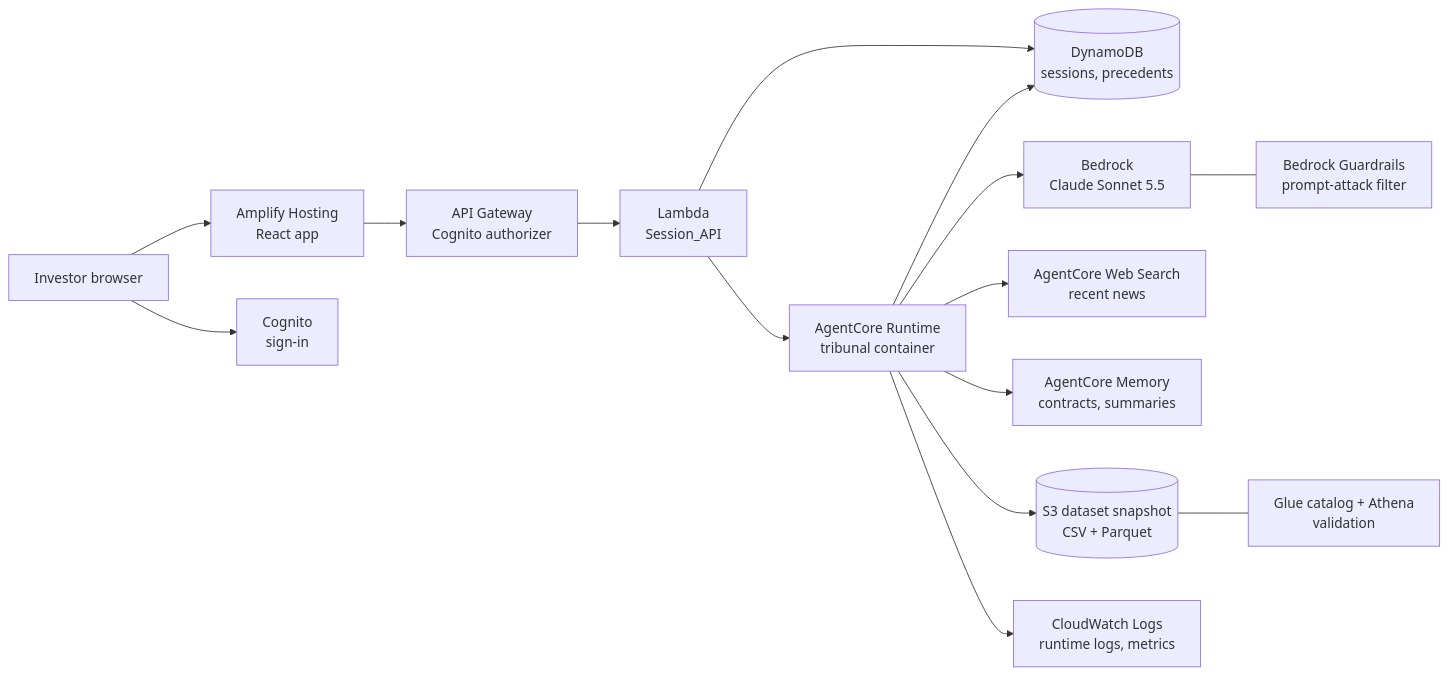
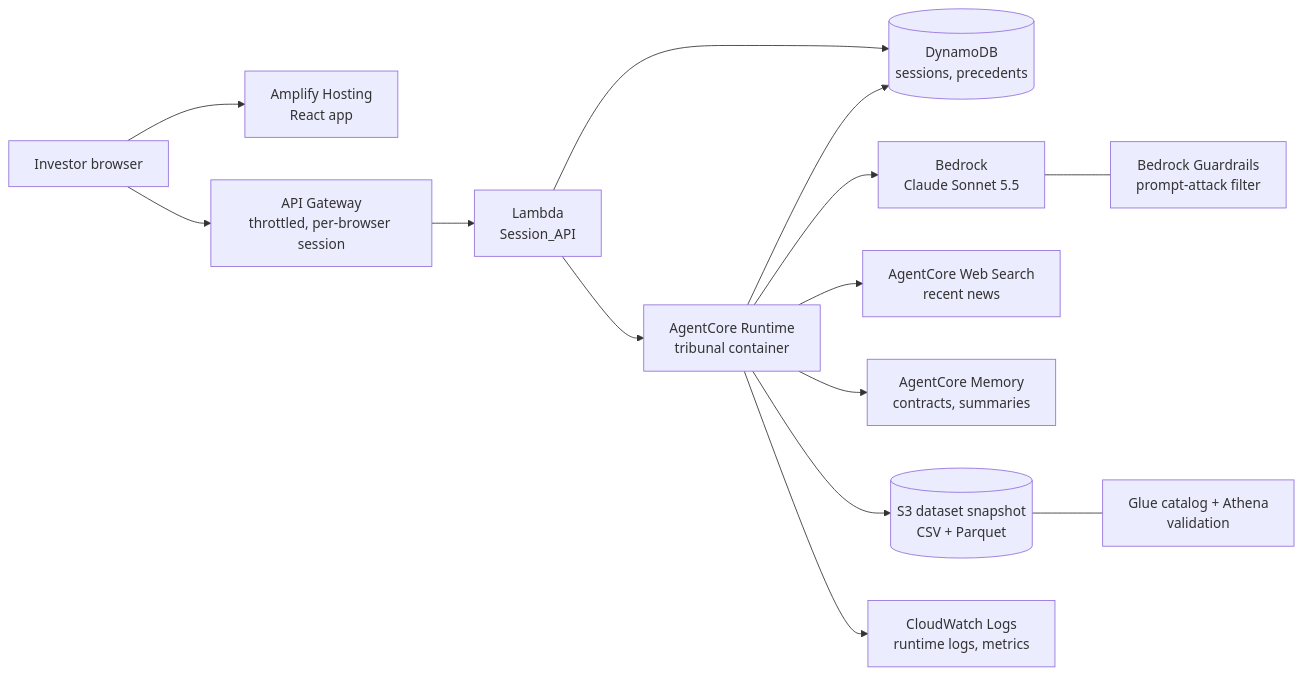
One commit to hediamara1208-commits/Agent52 changed the diagram in README.md. Above: the diagram before and after it, drawn with Mermaid. The commit also changed other lines of this file, not shown here.

First line of the commit message:
README: VERDICT name, quick start, public-access architecture, data audit links

````diff
--- a/README.md
+++ b/README.md
@@ -25,17 +36,16 @@
 ```mermaid
 flowchart LR
   U[Investor browser] --> AMP[Amplify Hosting<br/>React app]
-  U --> COG[Cognito<br/>sign-in]
-  AMP --> APIGW[API Gateway<br/>Cognito authorizer]
+  U --> APIGW[API Gateway<br/>throttled, per-browser session]
   APIGW --> L[Lambda<br/>Session_API]
   L --> DDB[(DynamoDB<br/>sessions, precedents)]
   L --> RT[AgentCore Runtime<br/>tribunal container]
   RT --> BR[Bedrock<br/>Claude Sonnet 5.5]
   BR --- GR[Bedrock Guardrails<br/>prompt-attack filter]
   RT --> WS[AgentCore Web Search<br/>recent news]
   RT --> MEM[AgentCore Memory<br/>contracts, summaries]
   RT --> S3[(S3 dataset snapshot<br/>CSV + Parquet)]
   S3 --- GL[Glue catalog + Athena<br/>validation]
   RT --> DDB
   RT --> CW[CloudWatch Logs<br/>runtime logs, metrics]
 ```
````
